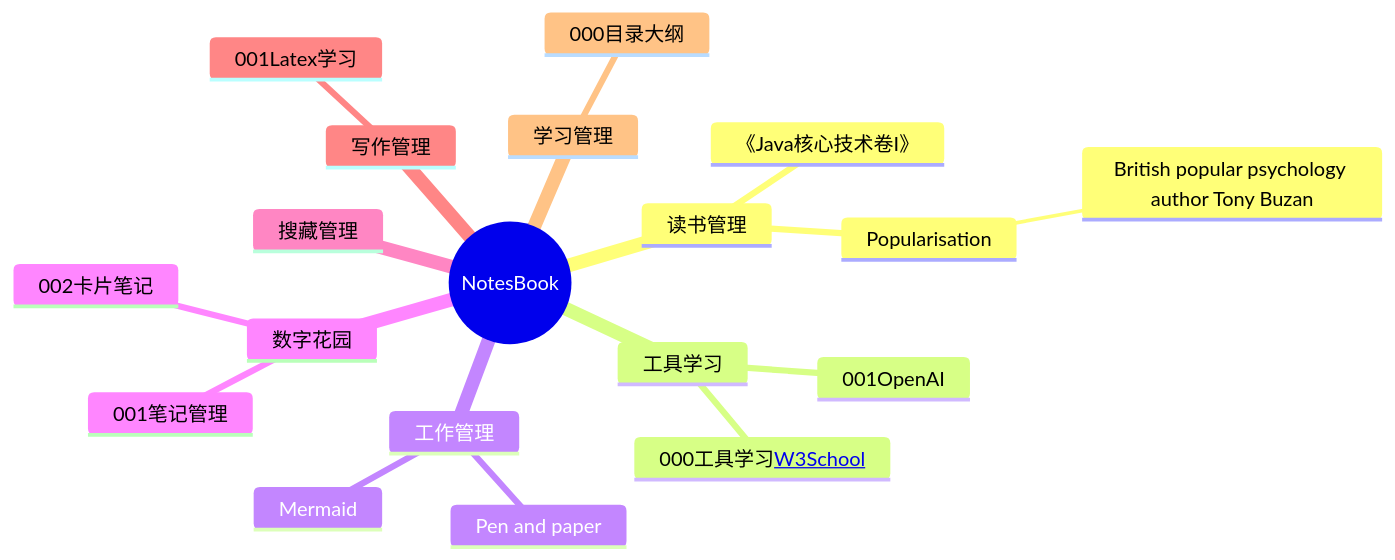
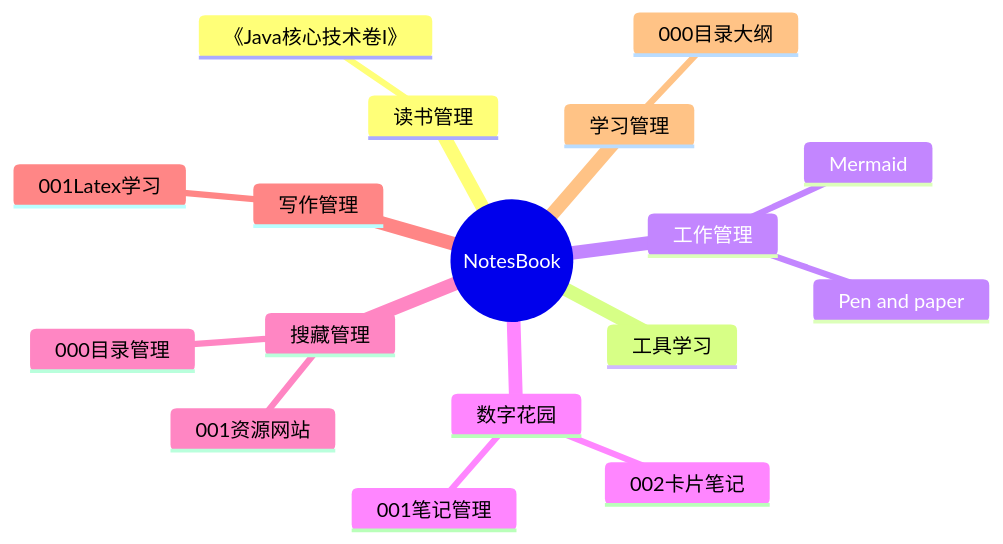
One commit to ilikui/NotesBook changed the diagram in src/README.md. Above: the diagram before and after it, drawn with Mermaid. The commit also changed other lines of this file and 1 other file, not shown here.

Commit message:
update by likui

```diff
--- a/src/README.md
+++ b/src/README.md
@@ -15,24 +15,22 @@
     <div  class="mermaid">    
       mindmap
         root((NotesBook))
         ::icon(fa fa-book)
           读书管理
             《Java核心技术卷I》
             ::icon(fa fa-book)
-            Popularisation
-              British popular psychology author Tony Buzan
           工具学习
-            000工具学习<a href="http://www.w3school.com.cn">W3School</a>
-            001OpenAI
           工作管理
             Pen and paper
             Mermaid
           数字花园
             001笔记管理
             002卡片笔记
           搜藏管理
+            000目录管理
+            001资源网站
           写作管理
             001Latex学习
           学习管理
             000目录大纲
     </div>
```
